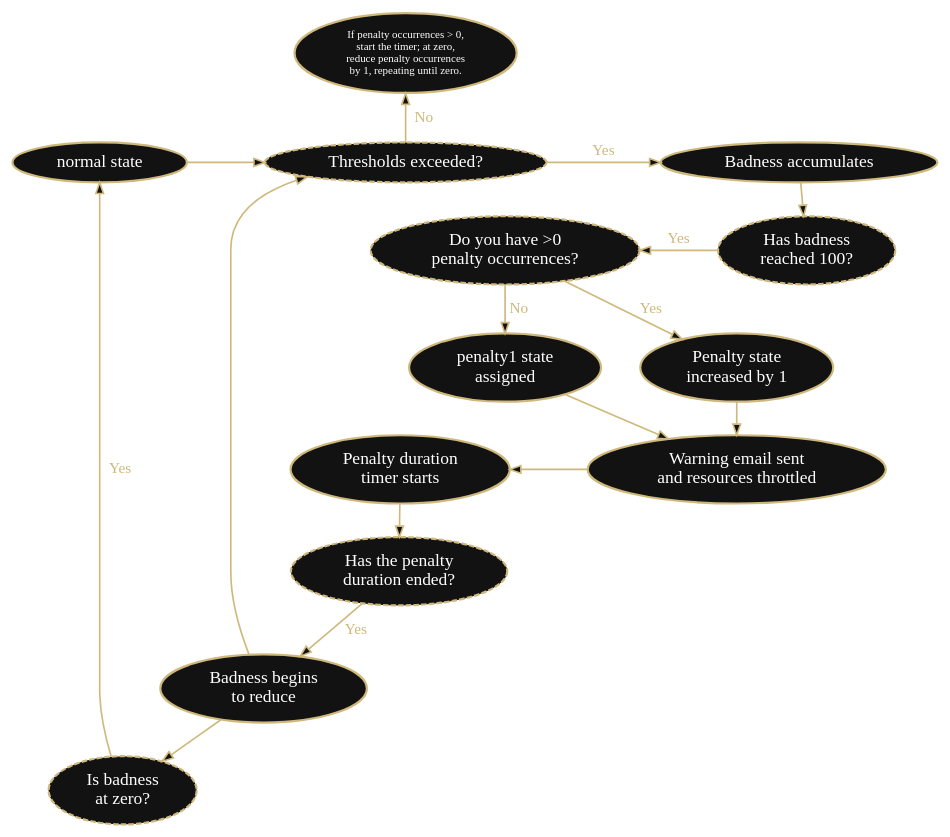
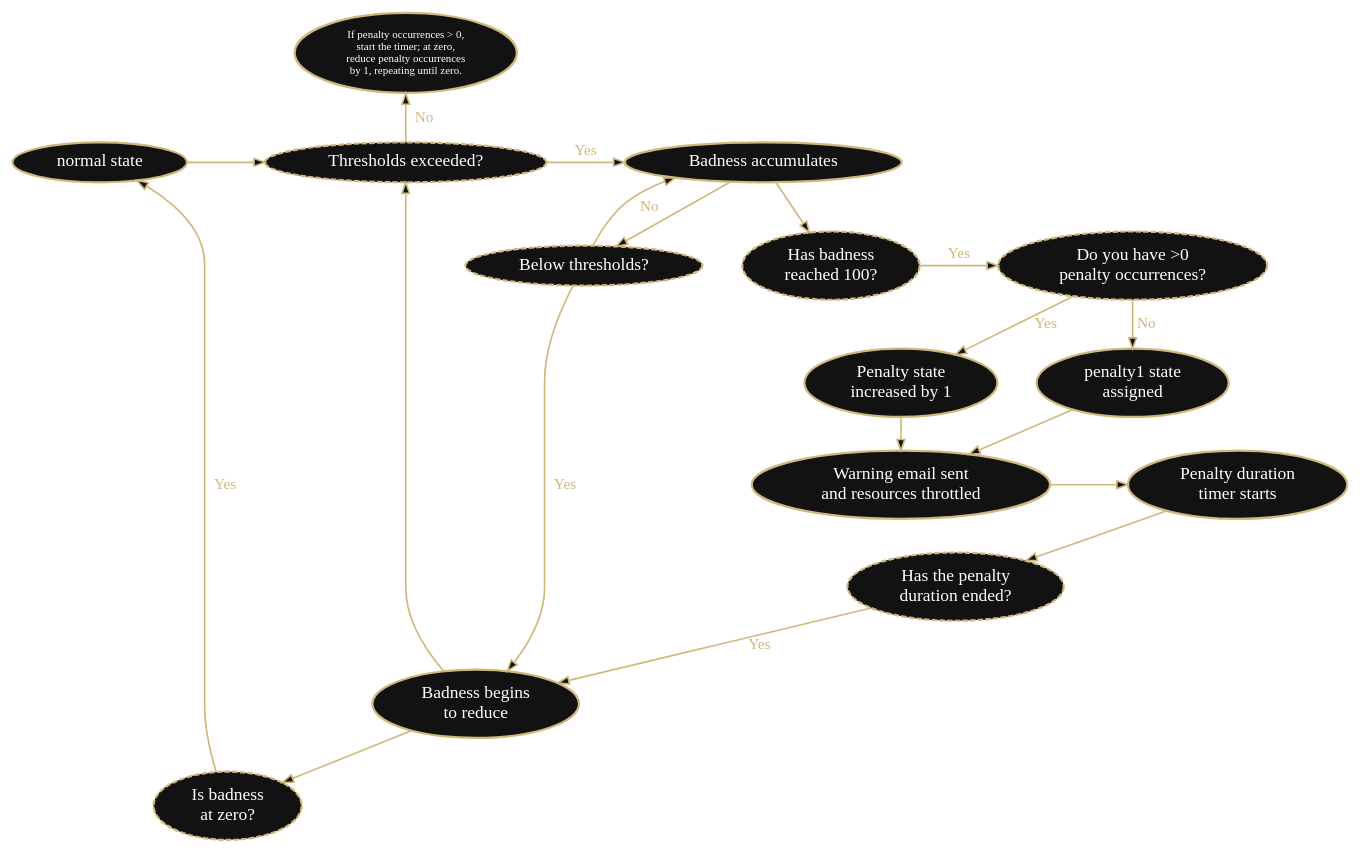
The diagram in graphviz_flowcharts/dot_files/arbiter_flowchart.dot (ResearchComputing/Documentation), drawn with Graphviz before and after one commit. The commit also changed 1 other file, not shown here.

Commit message:
add a logical step asking if you went below the threshold as the badness accumulated in the arbiter flow chart

```diff
--- a/graphviz_flowcharts/dot_files/arbiter_flowchart.dot
+++ b/graphviz_flowcharts/dot_files/arbiter_flowchart.dot
@@ -1,72 +1,77 @@
 digraph "" {
     bgcolor="transparent";
     graph [id="doc-flowchart", rankdir=TB, nodesep=0.5, ranksep=0.4, bgcolor="none"];
 
     // Node Styling
     node [fontname="Verdana", fontsize="16", color="#CFB87C", style="filled", fillcolor="#121212", penwidth="2", fontcolor="white", shape=ellipse];
     edge [color="#CFB87C", fillcolor="#121212", penwidth="1.5", fontsize="14", fontcolor="#CFB87C"];
 
     // --- ROW 0: The solitary top node ---
     { rank=source; DoSomething; }
 
     // --- ROW 1: The Start ---
     { rank=same; NS; Exceed; Badness; }
 
     // --- ROW 4: Logic Gates ---
-    { rank=same; TooBad; Track; }
+    { rank=same; TooBad; BehFix; Track; }
 
     // --- ROW 5: Branching Outcomes ---
     { rank=same; Penalty1; NextPen; }
 
     // --- ROW 6: Post-Penalty Actions ---
     { rank=same; SentEmail; DurationTimer; }
     { rank=same; DurationEnded; }
 
     // --- ROW 7: State Management ---
     { rank=same; BadnessFed; }
 
     // --- ROW 8: Final Check ---
     { rank=same; BadAtZero; }
 
     // Nodes
     NS [label="normal state"]
     Exceed [label="Thresholds exceeded?", style="filled,dashed"]
     DoSomething [label="If penalty occurrences > 0,\nstart the timer; at zero,\nreduce penalty occurrences\nby 1, repeating until zero.", fontsize="10"]
     Badness [label="Badness accumulates"]
+    BehFix [label="Below thresholds?", style="filled,dashed"]
     TooBad [label="Has badness\nreached 100?", style="filled,dashed"]
     Track [label="Do you have >0\npenalty occurrences?", style="filled,dashed"]
     Penalty1 [label="penalty1 state\nassigned"]
     NextPen [label="Penalty state\nincreased by 1"]
     SentEmail [label="Warning email sent\nand resources throttled"]
     DurationTimer [label="Penalty duration\ntimer starts"]
     DurationEnded [label="Has the penalty\nduration ended?", style="filled,dashed"]
     BadnessFed [label="Badness begins\nto reduce"]
     BadAtZero [label="Is badness\nat zero?", style="filled,dashed"]
 
     // Flow Logic
     NS -> Exceed
     
     // Use constraint=false to point UP to the top row without pulling the chart apart
     Exceed -> DoSomething [label="  No"]
     Exceed -> Badness [label="Yes"]
+
+    Badness -> BehFix
+    Badness -> TooBad
     
-    Badness -> TooBad
+    BehFix  -> Badness [label="  No"]
+    BehFix  -> BadnessFed [label="  Yes"]
     TooBad -> Track [label="Yes", constraint=false]
     
     Track -> Penalty1 [label=" No"]
     Track -> NextPen [label=" Yes"]
     
     Penalty1 -> SentEmail
     NextPen -> SentEmail
     
     SentEmail -> DurationTimer [constraint=false]
     DurationTimer -> DurationEnded
     
     DurationEnded -> BadnessFed [label=" Yes"]
     
     BadnessFed -> BadAtZero
     BadnessFed -> Exceed
     
     // Loop back to start
     BadAtZero -> NS [label="  Yes"]
 }
```
